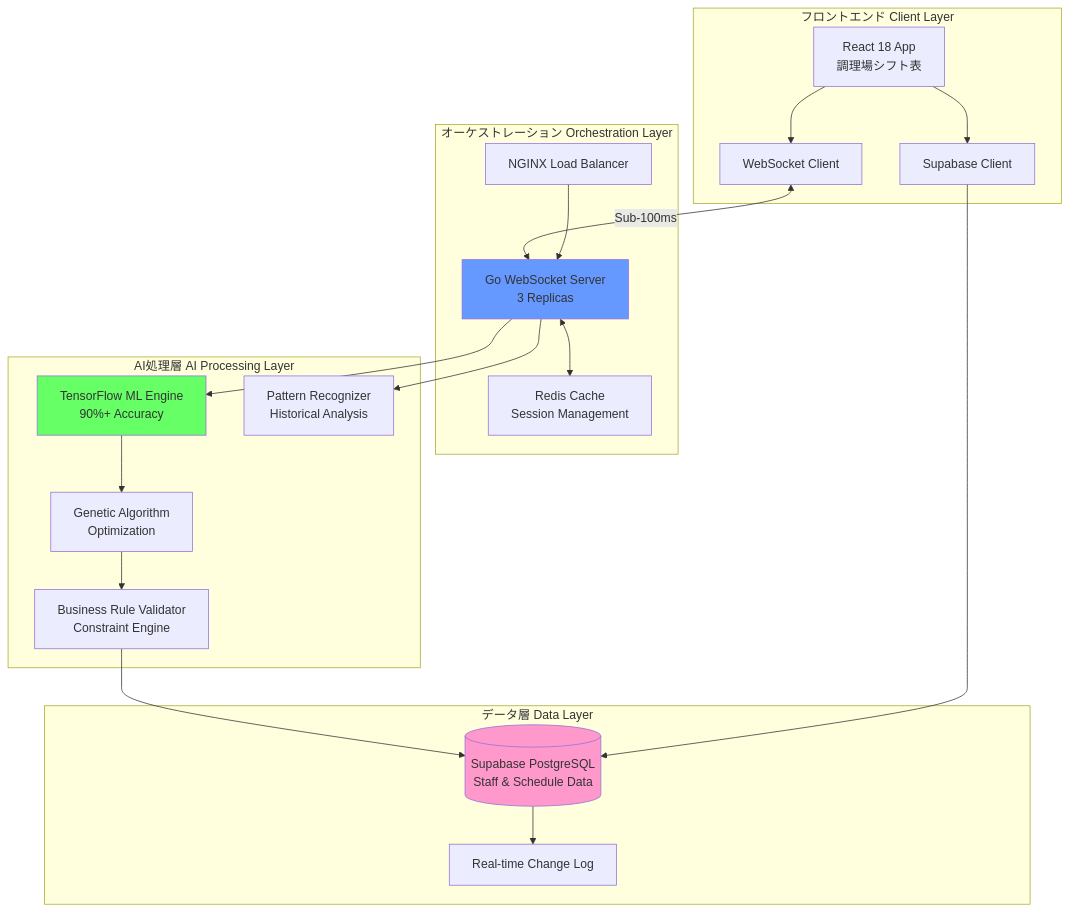
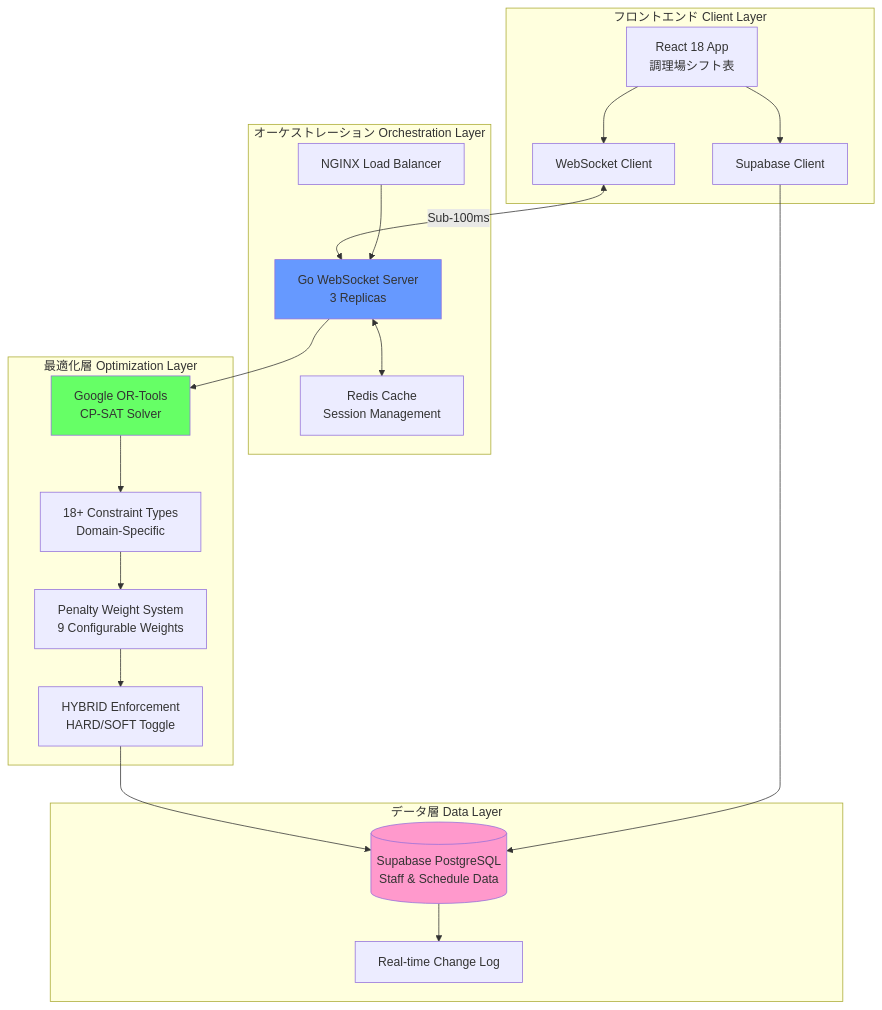
The seventh of 11 diagrams in research/visual-comparison.md (theshidiq/SSM-or-tools), drawn with Mermaid before and after one commit. The commit also changed other lines of this file, not shown here.

First line of the commit message:
docs: Update visual-comparison.md with OR-Tools CP-SAT architecture

````diff
--- a/research/visual-comparison.md
+++ b/research/visual-comparison.md
@@ -162,43 +162,43 @@
 ```mermaid
 graph TB
     subgraph "フロントエンド Client Layer"
         A[React 18 App<br/>調理場シフト表]
         B[WebSocket Client]
         C[Supabase Client]
     end
 
     subgraph "オーケストレーション Orchestration Layer"
         D[Go WebSocket Server<br/>3 Replicas]
         E[Redis Cache<br/>Session Management]
         F[NGINX Load Balancer]
     end
 
-    subgraph "AI処理層 AI Processing Layer"
-        G[TensorFlow ML Engine<br/>90%+ Accuracy]
-        H[Pattern Recognizer<br/>Historical Analysis]
-        I[Genetic Algorithm<br/>Optimization]
-        J[Business Rule Validator<br/>Constraint Engine]
+    subgraph "最適化層 Optimization Layer"
+        G[Google OR-Tools<br/>CP-SAT Solver]
+        H[18+ Constraint Types<br/>Domain-Specific]
+        I[Penalty Weight System<br/>9 Configurable Weights]
+        J[HYBRID Enforcement<br/>HARD/SOFT Toggle]
     end
 
     subgraph "データ層 Data Layer"
         K[(Supabase PostgreSQL<br/>Staff & Schedule Data)]
         L[Real-time Change Log]
     end
 
     A --> B
     A --> C
     B <-->|Sub-100ms| D
     D <--> E
     F --> D
     D --> G
-    D --> H
-    G --> I
+    G --> H
+    H --> I
     I --> J
     J --> K
     K --> L
     C --> K
 
     style G fill:#66ff66
     style D fill:#6699ff
     style K fill:#ff99cc
 ```
````
